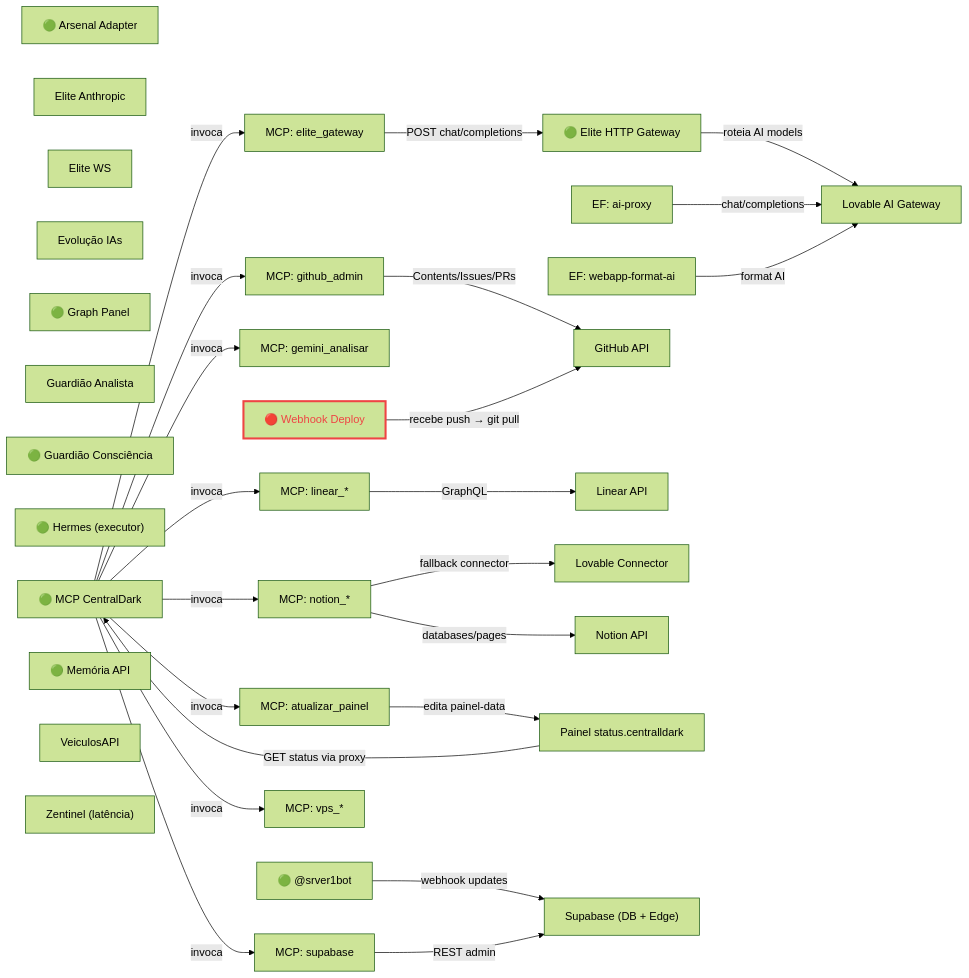
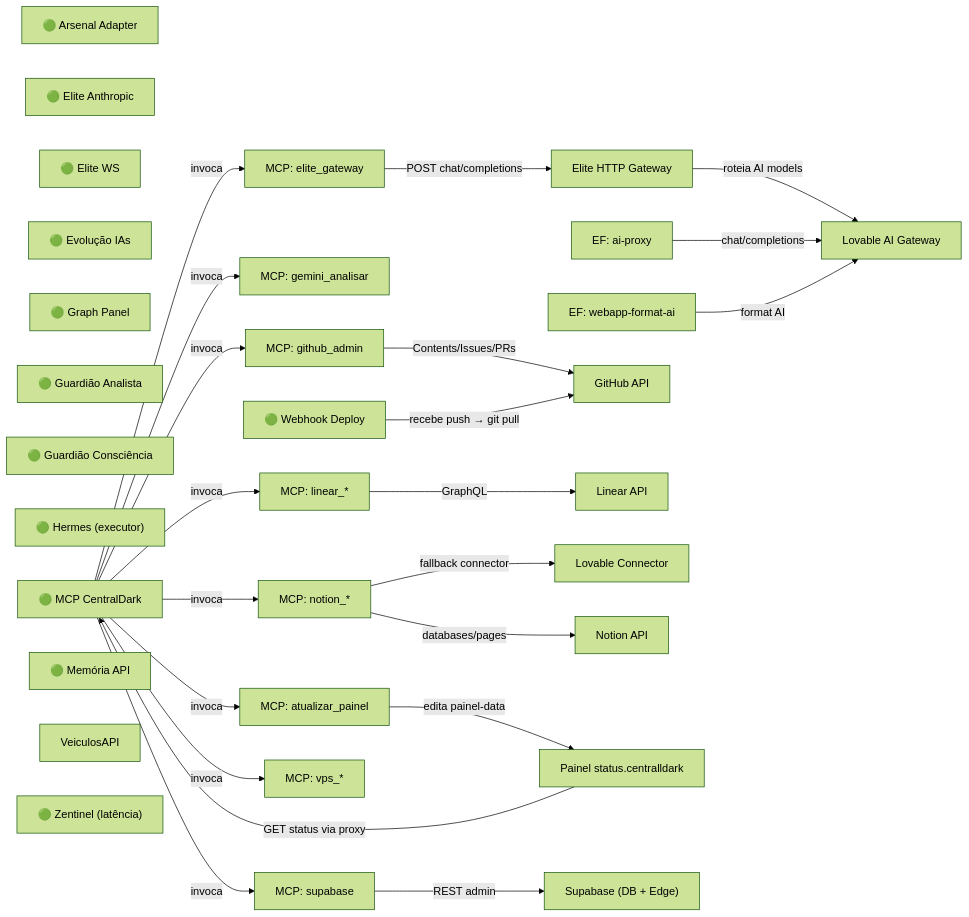
Before and after one commit to ServerVpss/CentralDark: the diagram in docs/BRAIN/00 - Mapa do Sistema/GRAFO-VIVO.md, drawn with Mermaid (forest theme). The commit also changed other lines of this file, not shown here.

````diff
--- a/docs/BRAIN/00 - Mapa do Sistema/GRAFO-VIVO.md
+++ b/docs/BRAIN/00 - Mapa do Sistema/GRAFO-VIVO.md
@@ -23,58 +32,54 @@
 ```mermaid
 flowchart LR
     arsenaladapter["🟢 Arsenal Adapter"]
-    bot_telegram["🟢 @srver1bot"]
-    elite_http_gateway["🟢 Elite HTTP Gateway"]
-    eliteanthropic["Elite Anthropic"]
-    elitews["Elite WS"]
-    evolucaoias["Evolução IAs"]
+    elite_http_gateway["Elite HTTP Gateway"]
+    eliteanthropic["🟢 Elite Anthropic"]
+    elitews["🟢 Elite WS"]
+    evolucaoias["🟢 Evolução IAs"]
     fn_ai_proxy["EF: ai-proxy"]
     fn_webapp_format["EF: webapp-format-ai"]
     github_api["GitHub API"]
     graph_panel["🟢 Graph Panel"]
-    guardiaoanalista["Guardião Analista"]
+    guardiaoanalista["🟢 Guardião Analista"]
     guardiaoconsciencia["🟢 Guardião Consciência"]
     hermes["🟢 Hermes (executor)"]
     linear_api["Linear API"]
     lovable_connector["Lovable Connector"]
     lovable_gateway["Lovable AI Gateway"]
     mcp_server["🟢 MCP CentralDark"]
     memoria["🟢 Memória API"]
     notion_api["Notion API"]
     painel_status["Painel status.centralldark"]
     supabase["Supabase (DB + Edge)"]
     tool_elite["MCP: elite_gateway"]
     tool_gemini["MCP: gemini_analisar"]
     tool_github["MCP: github_admin"]
     tool_linear["MCP: linear_*"]
     tool_notion["MCP: notion_*"]
     tool_painel["MCP: atualizar_painel"]
     tool_supabase["MCP: supabase"]
     tool_vps["MCP: vps_*"]
     veiculosapi["VeiculosAPI"]
-    webhook_deploy["🔴 Webhook Deploy"]
-    zentinel["Zentinel (latência)"]
-    bot_telegram -->|webhook updates| supabase
+    webhook_deploy["🟢 Webhook Deploy"]
+    zentinel["🟢 Zentinel (latência)"]
     elite_http_gateway -->|roteia AI models| lovable_gateway
     fn_ai_proxy -->|chat/completions| lovable_gateway
     fn_webapp_format -->|format AI| lovable_gateway
     mcp_server -->|invoca| tool_elite
     mcp_server -->|invoca| tool_gemini
     mcp_server -->|invoca| tool_github
     mcp_server -->|invoca| tool_linear
     mcp_server -->|invoca| tool_notion
     mcp_server -->|invoca| tool_painel
     mcp_server -->|invoca| tool_supabase
     mcp_server -->|invoca| tool_vps
     painel_status -->|GET status via proxy| mcp_server
     tool_elite -->|POST chat/completions| elite_http_gateway
     tool_github -->|Contents/Issues/PRs| github_api
     tool_linear -->|GraphQL| linear_api
     tool_notion -->|fallback connector| lovable_connector
     tool_notion -->|databases/pages| notion_api
     tool_painel -->|edita painel-data| painel_status
     tool_supabase -->|REST admin| supabase
     webhook_deploy -->|recebe push → git pull| github_api
-    classDef caido stroke:#ef4444,stroke-width:3px,color:#ef4444;
-    class webhook_deploy caido;
 ```
````
